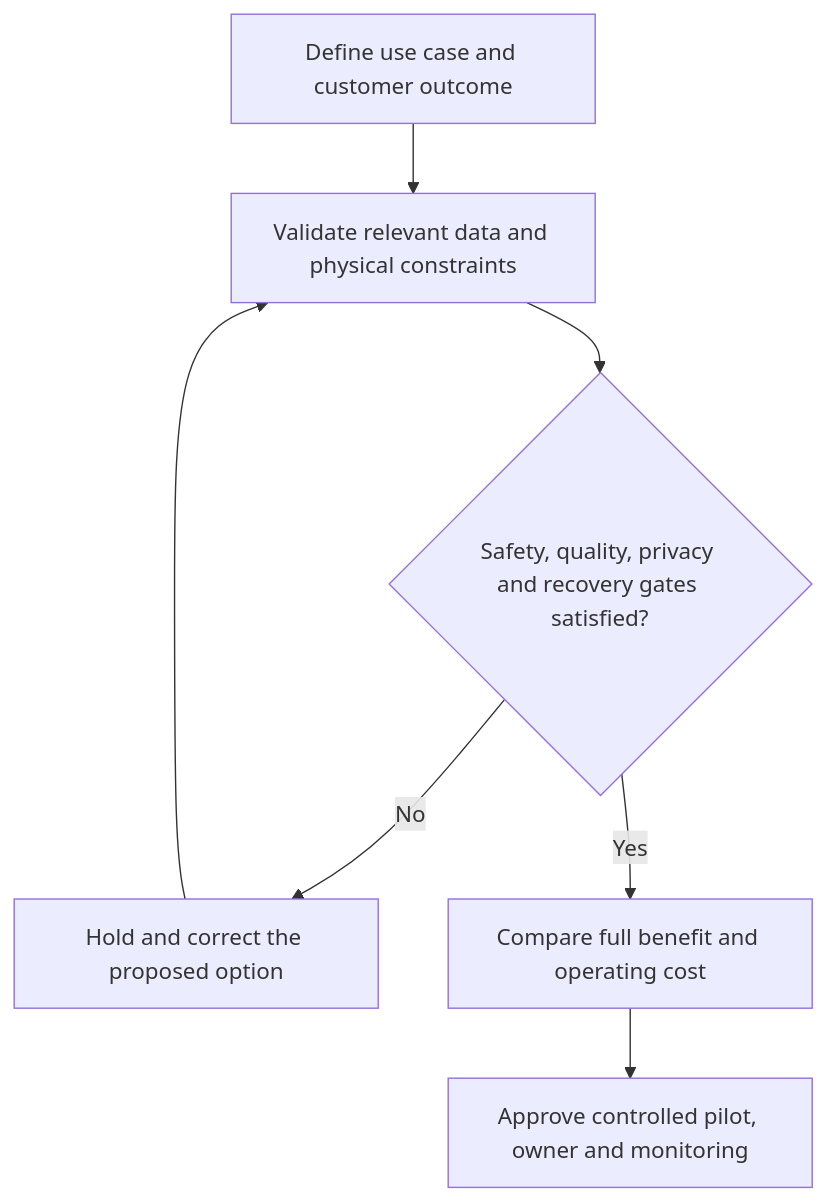
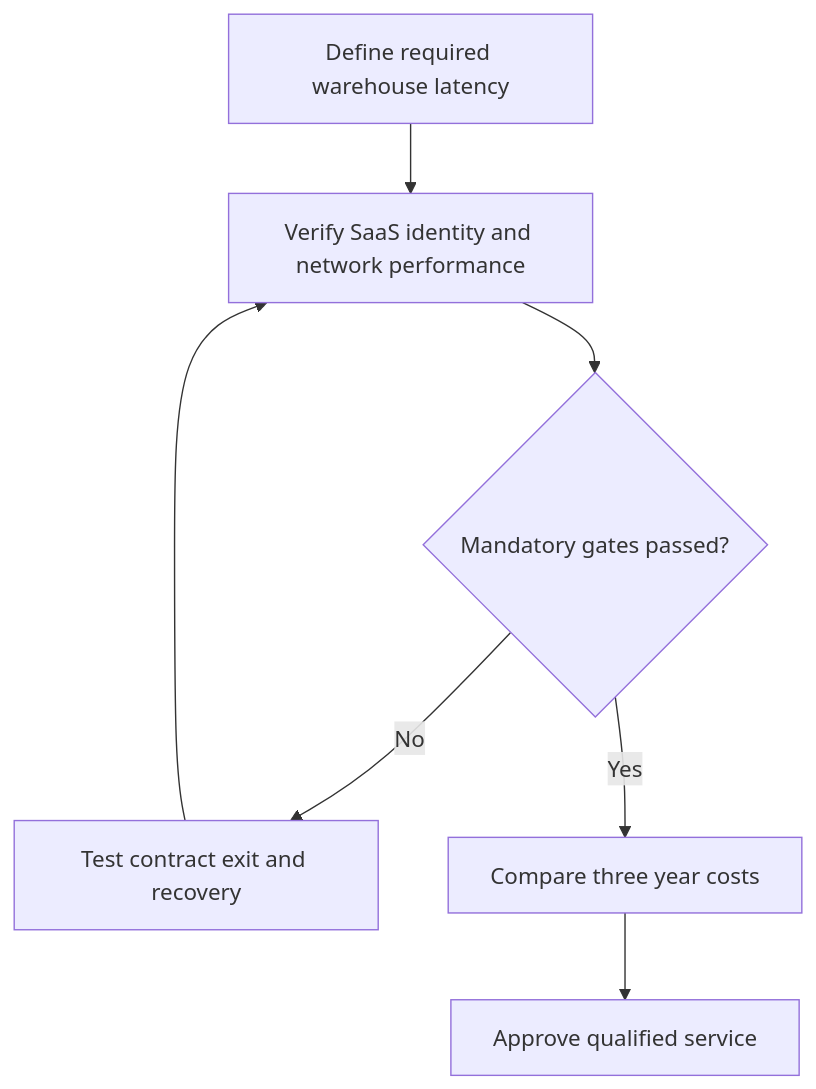
The diagram in 08-optimization-sustainability-technology/section-c-technology-trends/01-cloud-service-models-and-operating-tradeoffs.md (theleanx/SupplyChain-Design-Notes), drawn with Mermaid before and after one commit. The commit also changed other lines of this file and 8 other files, not shown here.

````diff
--- a/08-optimization-sustainability-technology/section-c-technology-trends/01-cloud-service-models-and-operating-tradeoffs.md
+++ b/08-optimization-sustainability-technology/section-c-technology-trends/01-cloud-service-models-and-operating-tradeoffs.md
@@ -38,9 +38,9 @@
 ```mermaid
 flowchart TD
-    A[Define use case and customer outcome] --> B[Validate relevant data and physical constraints]
-    B --> C{Safety, quality, privacy and recovery gates satisfied?}
-    C -- No --> D[Hold and correct the proposed option]
+    A[Define required warehouse latency] --> B[Verify SaaS identity and network performance]
+    B --> C{Mandatory gates passed?}
+    C -- No --> D[Test contract exit and recovery]
     D --> B
-    C -- Yes --> E[Compare full benefit and operating cost]
-    E --> F[Approve controlled pilot, owner and monitoring]
+    C -- Yes --> E[Compare three year costs]
+    E --> F[Approve qualified service]
 ```
````
